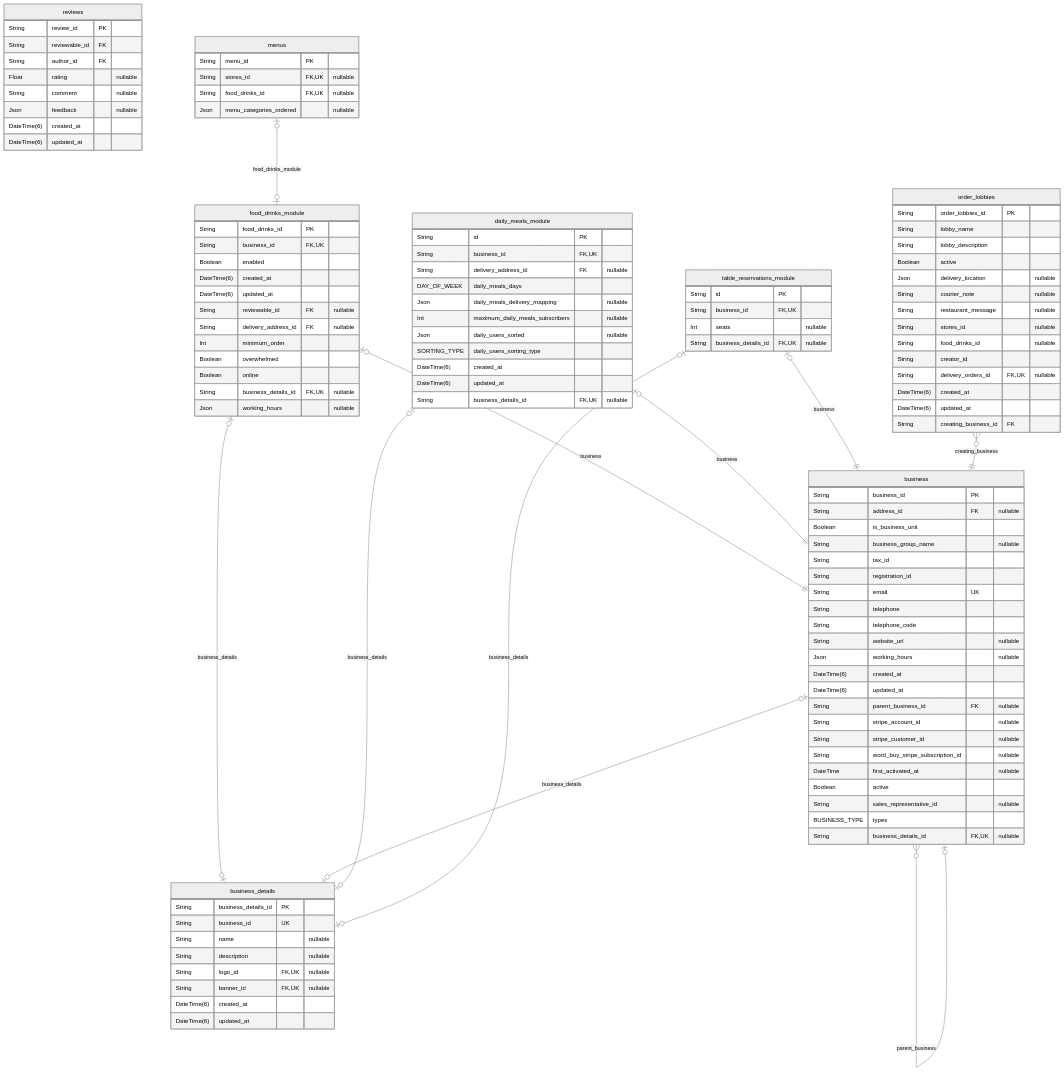
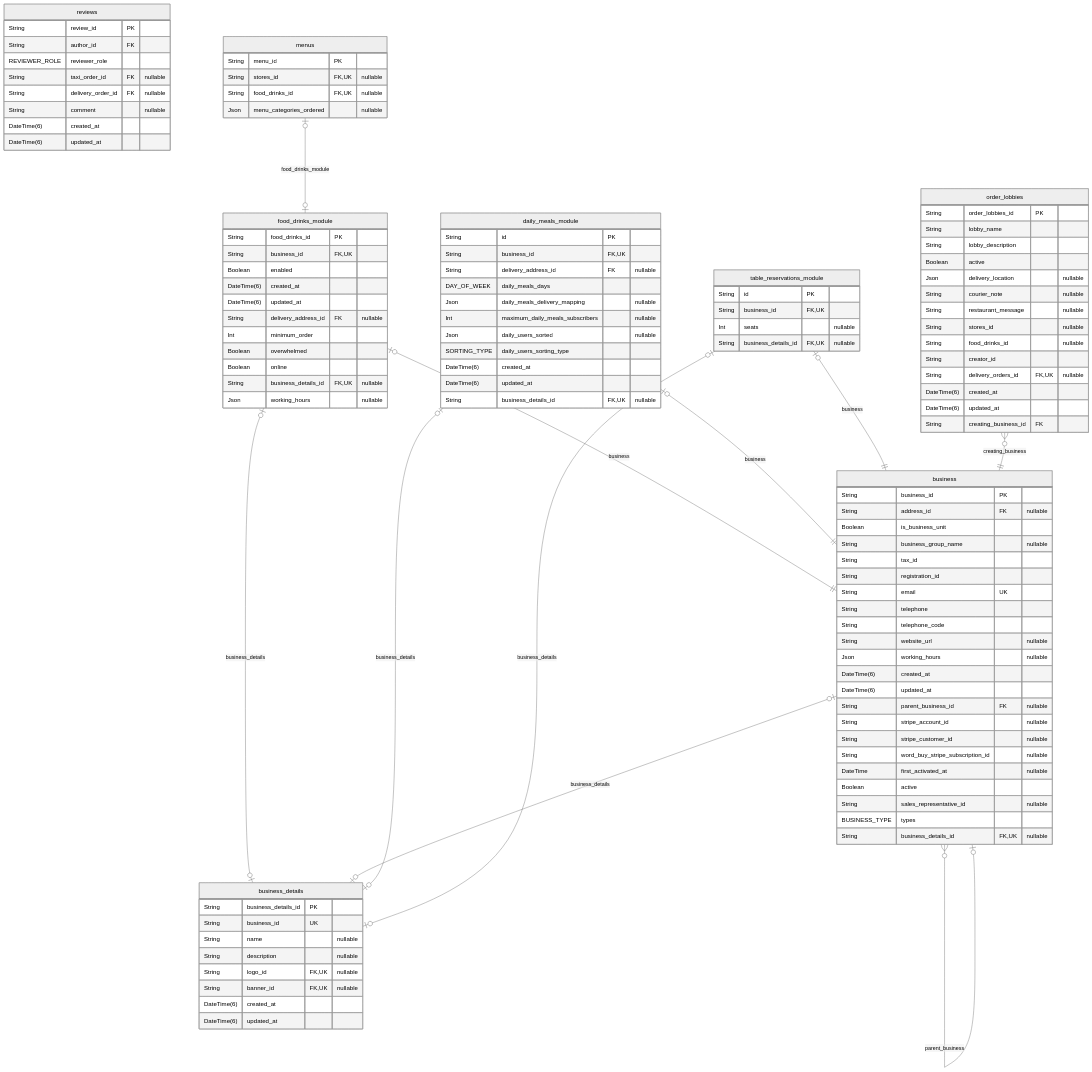
Before and after one commit to pbozic/be-analyisis: diagram 24 of 42 in prisma/schemas/ERD.md, drawn with Mermaid (neutral theme). The commit also changed other lines of this file and 13 other files, not shown here.

```diff
--- a/prisma/schemas/ERD.md
+++ b/prisma/schemas/ERD.md
@@ -3806,7 +3790,6 @@
   Boolean enabled
   DateTime(6) created_at
   DateTime(6) updated_at
-  String reviewable_id FK "nullable"
   String delivery_address_id FK "nullable"
   Int minimum_order
   Boolean overwhelmed
@@ -3816,11 +3799,11 @@
 }
 "reviews" {
   String review_id PK
-  String reviewable_id FK
   String author_id FK
-  Float rating "nullable"
+  REVIEWER_ROLE reviewer_role
+  String taxi_order_id FK "nullable"
+  String delivery_order_id FK "nullable"
   String comment "nullable"
-  Json feedback "nullable"
   DateTime(6) created_at
   DateTime(6) updated_at
 }
```
